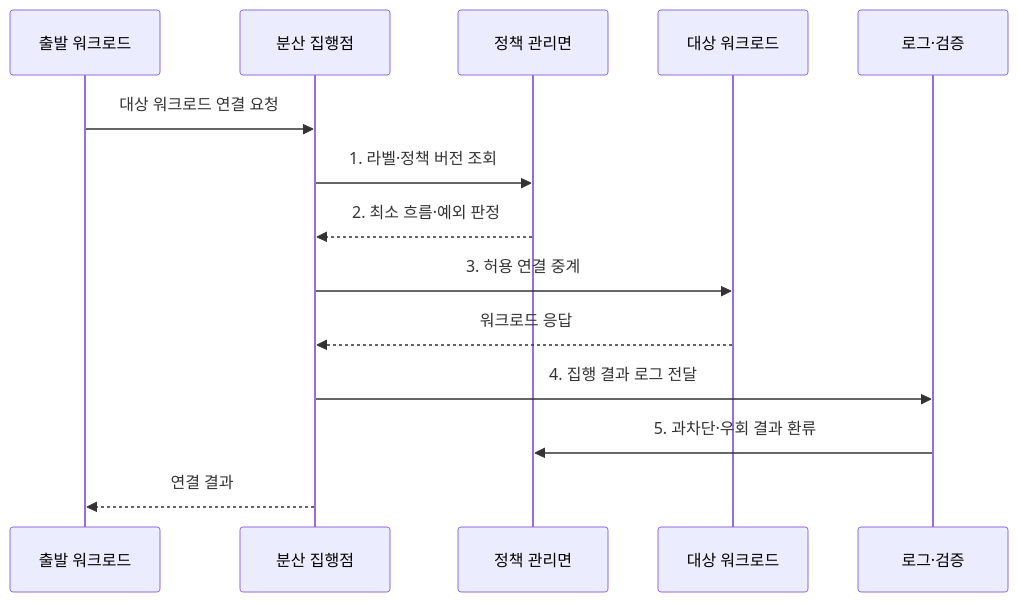
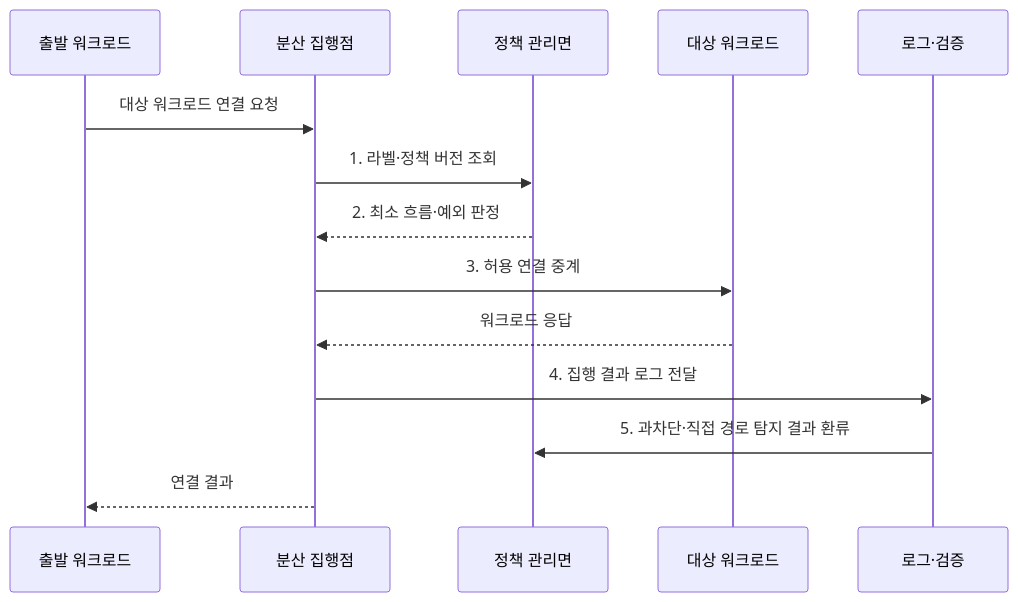
Before and after one commit to agnusdei1207/knowledge-base: the second of 2 diagrams in src/content/docs/notes/05-security/065_micro_segmentation.md, drawn with Mermaid. The commit also changed other lines of this file and 18 other files, not shown here.

````diff
--- a/src/content/docs/notes/05-security/065_micro_segmentation.md
+++ b/src/content/docs/notes/05-security/065_micro_segmentation.md
@@ -93,16 +93,16 @@
 ```mermaid
 sequenceDiagram
     participant S as 출발 워크로드
     participant E as 분산 집행점
     participant P as 정책 관리면
     participant D as 대상 워크로드
     participant L as 로그·검증
     S->>E: 대상 워크로드 연결 요청
     E->>P: 1. 라벨·정책 버전 조회
     P-->>E: 2. 최소 흐름·예외 판정
     E->>D: 3. 허용 연결 중계
     D-->>E: 워크로드 응답
     E->>L: 4. 집행 결과 로그 전달
-    L->>P: 5. 과차단·우회 결과 환류
+    L->>P: 5. 과차단·직접 경로 탐지 결과 환류
     E-->>S: 연결 결과
 ```
````
